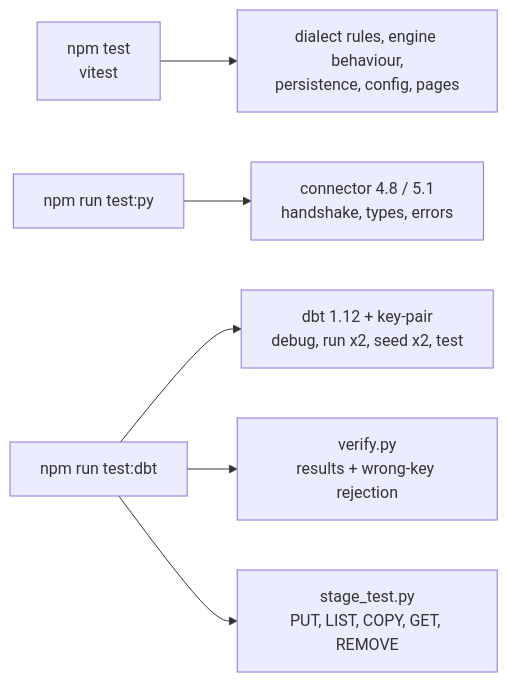
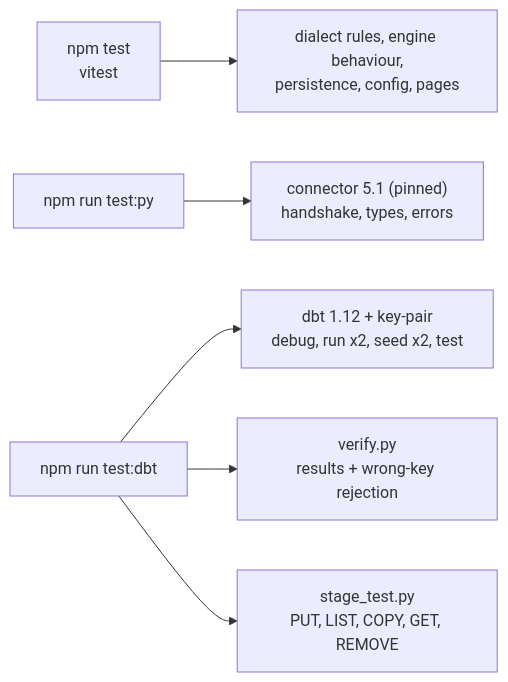
One commit to sri369c/SnowTest changed the sixth of 6 diagrams in docs/design.md. Above: the diagram before and after it, drawn with Mermaid. The commit also changed other lines of this file and 30 other files, not shown here.

````diff
--- a/docs/design.md
+++ b/docs/design.md
@@ -404,8 +425,8 @@
 ```mermaid
 flowchart LR
   A["npm test<br/>vitest"] --> A1["dialect rules, engine behaviour,<br/>persistence, config, pages"]
-  B["npm run test:py"] --> B1["connector 4.8 / 5.1<br/>handshake, types, errors"]
+  B["npm run test:py"] --> B1["connector 5.1 (pinned)<br/>handshake, types, errors"]
   C["npm run test:dbt"] --> C1["dbt 1.12 + key-pair<br/>debug, run x2, seed x2, test"]
   C --> C2["verify.py<br/>results + wrong-key rejection"]
   C --> C3["stage_test.py<br/>PUT, LIST, COPY, GET, REMOVE"]
 ```
````
